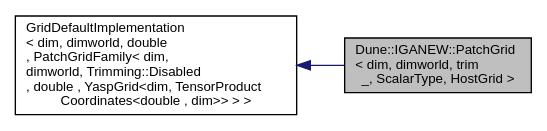
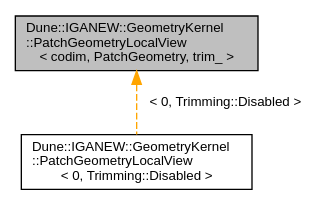
One commit to rath3t/dune-iga-doc changed the diagram in d7/d98/a00983.dot. Above: the diagram before and after it, drawn with Graphviz. The commit also changed 818 other files, not shown here.

```diff
--- a/d7/d98/a00983.dot
+++ b/d7/d98/a00983.dot
@@ -1,10 +1,9 @@
-digraph "Dune::IGANEW::PatchGrid&lt; dim, dimworld, trim_, ScalarType, HostGrid &gt;"
+digraph "Dune::IGANEW::GeometryKernel::PatchGeometryLocalView&lt; codim, PatchGeometry, trim_ &gt;"
 {
  // LATEX_PDF_SIZE
   edge [fontname="Helvetica",fontsize="10",labelfontname="Helvetica",labelfontsize="10"];
   node [fontname="Helvetica",fontsize="10",shape=record];
-  rankdir="LR";
-  Node1 [label="Dune::IGANEW::PatchGrid\l\< dim, dimworld, trim\l_, ScalarType, HostGrid \>",height=0.2,width=0.4,color="black", fillcolor="grey75", style="filled", fontcolor="black",tooltip="Provides a meta grid that is identical to its host."];
-  Node2 -> Node1 [dir="back",color="midnightblue",fontsize="10",style="solid",fontname="Helvetica"];
-  Node2 [label="GridDefaultImplementation\l\< dim, dimworld, double\l , PatchGridFamily\< dim,\l dimworld, Trimming::Disabled\l , double , YaspGrid\<dim, TensorProduct\lCoordinates\<double , dim\>\>  \> \>",height=0.2,width=0.4,color="black", fillcolor="white", style="filled",tooltip=" "];
+  Node1 [label="Dune::IGANEW::GeometryKernel\l::PatchGeometryLocalView\l\< codim, PatchGeometry, trim_ \>",height=0.2,width=0.4,color="black", fillcolor="grey75", style="filled", fontcolor="black",tooltip=" "];
+  Node1 -> Node2 [dir="back",color="orange",fontsize="10",style="dashed",label=" \< 0, Trimming::Disabled \>" ,fontname="Helvetica"];
+  Node2 [label="Dune::IGANEW::GeometryKernel\l::PatchGeometryLocalView\l\< 0, Trimming::Disabled \>",height=0.2,width=0.4,color="black", fillcolor="white", style="filled",URL="$d2/d4c/a00984.html",tooltip=" "];
 }
```
